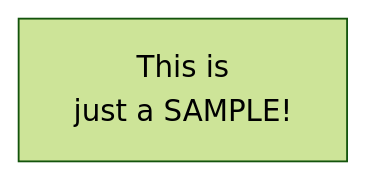
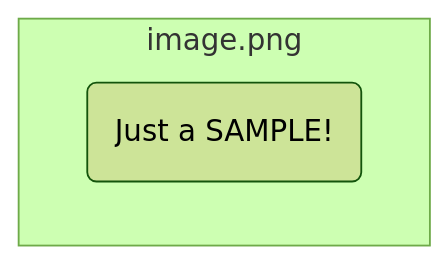
One commit to jado4810/md2pdf changed the first of 2 diagrams in README.md. Above: the diagram before and after it, drawn with Mermaid (forest theme).

Commit message:
Update README.md again

````diff
--- a/README.md
+++ b/README.md
@@ -126,5 +126,6 @@
 ```mermaid
 flowchart TD
-  A[This is
-    just a SAMPLE!]
+  subgraph image.png
+    A(Just a SAMPLE!)
+  end
 ```
````
